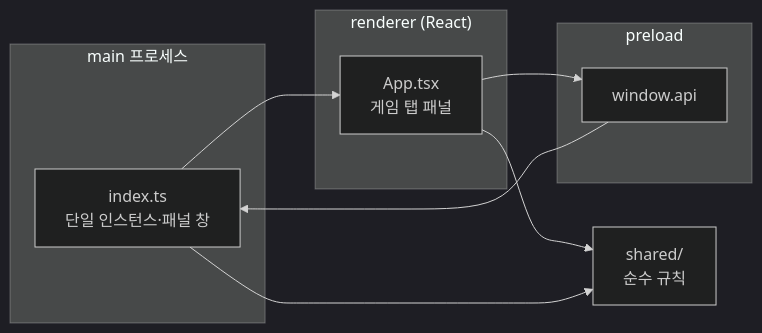
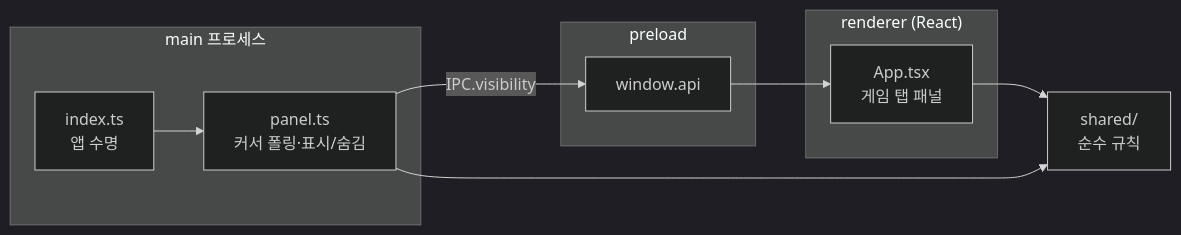
Before and after one commit to JangAJang/jja-dal-si-ri: the diagram in apps/ttan-jit/ARCHITECTURE.md, drawn with Mermaid (dark theme). The commit also changed other lines of this file and 11 other files, not shown here.

````diff
--- a/apps/ttan-jit/ARCHITECTURE.md
+++ b/apps/ttan-jit/ARCHITECTURE.md
@@ -8,18 +8,19 @@
 ```mermaid
 flowchart LR
   subgraph main["main 프로세스"]
-    life["index.ts<br/>단일 인스턴스·패널 창"]
+    life["index.ts<br/>앱 수명"]
+    panel["panel.ts<br/>커서 폴링·표시/숨김"]
   end
   subgraph preload
     api["window.api"]
   end
   subgraph renderer["renderer (React)"]
     app["App.tsx<br/>게임 탭 패널"]
   end
   shared["shared/<br/>순수 규칙"]
 
-  life --> app
-  app --> api --> life
+  life --> panel
+  panel -- "IPC.visibility" --> api --> app
   app --> shared
-  life --> shared
+  panel --> shared
 ```
````
